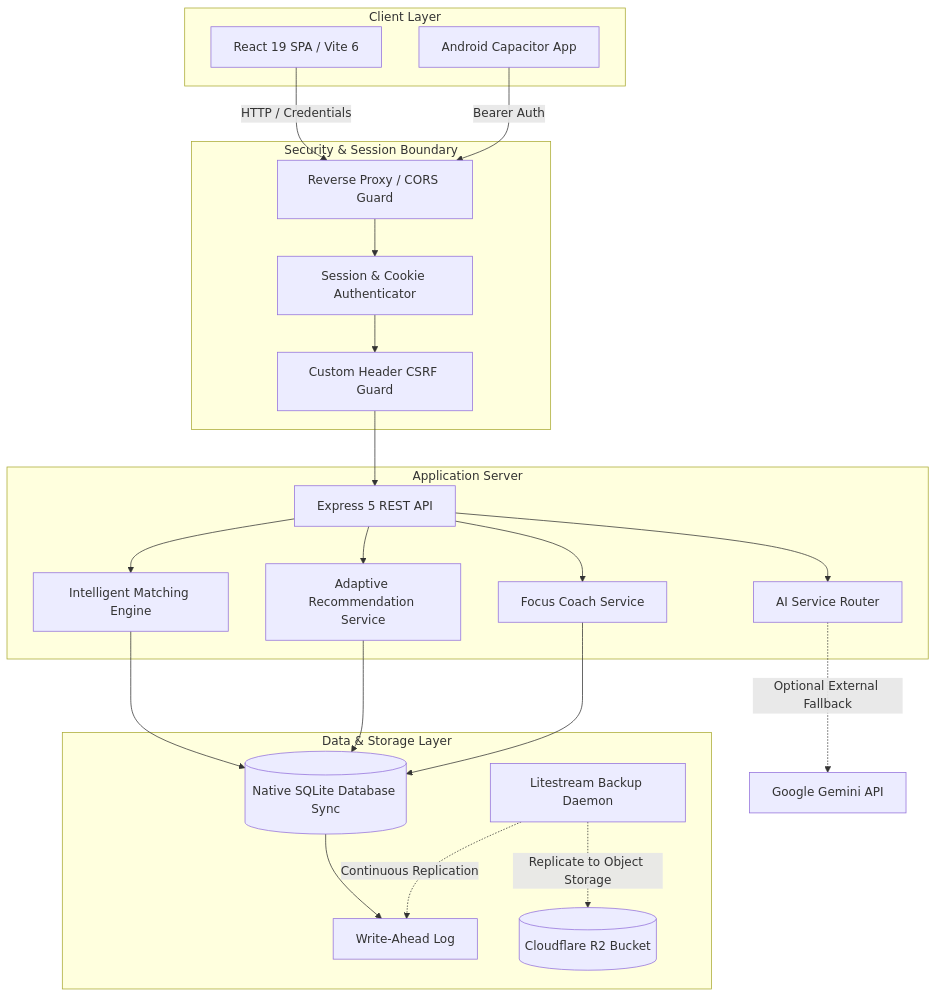
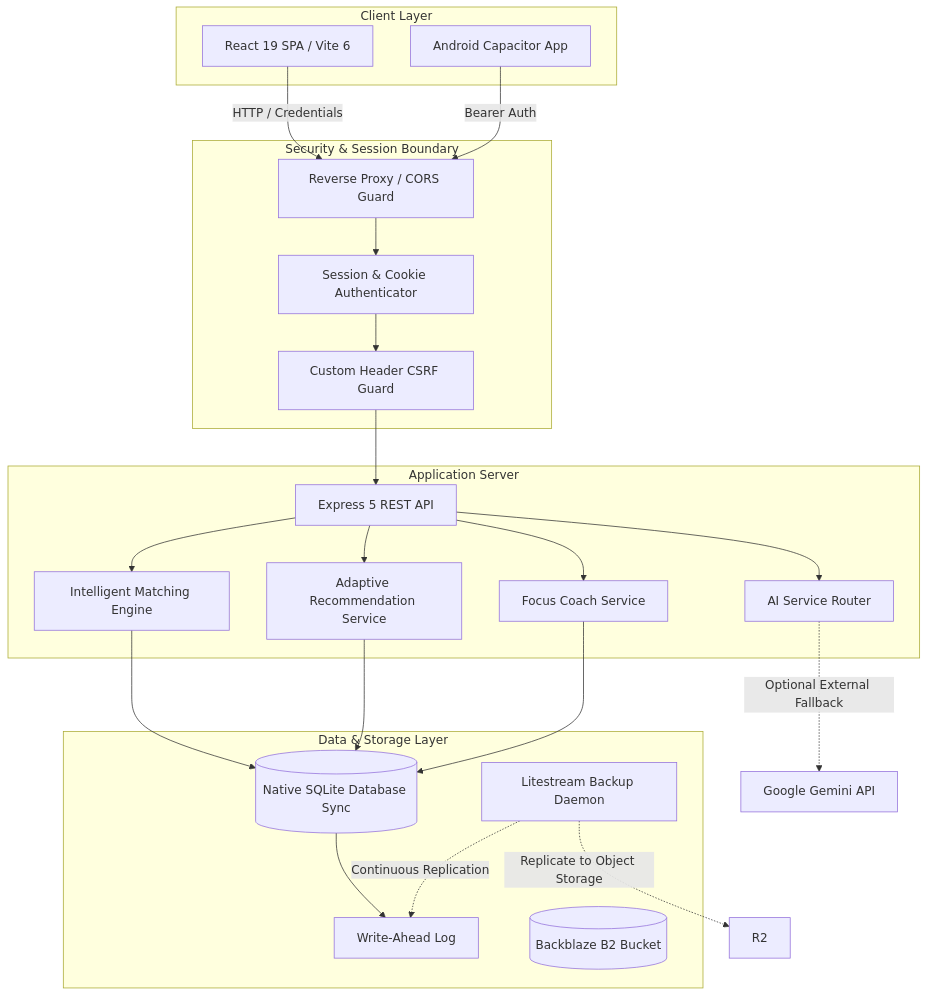
One commit to Darvin-V/Study-Sync changed the diagram in docs/ARCHITECTURE.md. Above: the diagram before and after it, drawn with Mermaid. The commit also changed other lines of this file and 7 other files, not shown here.

````diff
--- a/docs/ARCHITECTURE.md
+++ b/docs/ARCHITECTURE.md
@@ -5,48 +5,48 @@
 ```mermaid
 graph TD
     subgraph Client Layer
         Web[React 19 SPA / Vite 6]
         Mobile[Android Capacitor App]
     end
 
     subgraph Security & Session Boundary
         Proxy[Reverse Proxy / CORS Guard]
         AuthGuard[Session & Cookie Authenticator]
         CSRF[Custom Header CSRF Guard]
     end
 
     subgraph Application Server
         Express[Express 5 REST API]
         MatchingEngine[Intelligent Matching Engine]
         RecService[Adaptive Recommendation Service]
         FocusCoach[Focus Coach Service]
         AIService[AI Service Router]
     end
 
     subgraph Data & Storage Layer
         SQLite[(Native SQLite Database Sync)]
         WAL[Write-Ahead Log]
         Litestream[Litestream Backup Daemon]
-        R2[(Cloudflare R2 Bucket)]
+        B2[(Backblaze B2 Bucket)]
     end
 
     Web -->|HTTP / Credentials| Proxy
     Mobile -->|Bearer Auth| Proxy
     Proxy --> AuthGuard
     AuthGuard --> CSRF
     CSRF --> Express
 
     Express --> MatchingEngine
     Express --> RecService
     Express --> FocusCoach
     Express --> AIService
 
     MatchingEngine --> SQLite
     RecService --> SQLite
     FocusCoach --> SQLite
     AIService -.->|Optional External Fallback| Gemini[Google Gemini API]
 
     SQLite --> WAL
     Litestream -.->|Continuous Replication| WAL
     Litestream -.->|Replicate to Object Storage| R2
 ```
````
